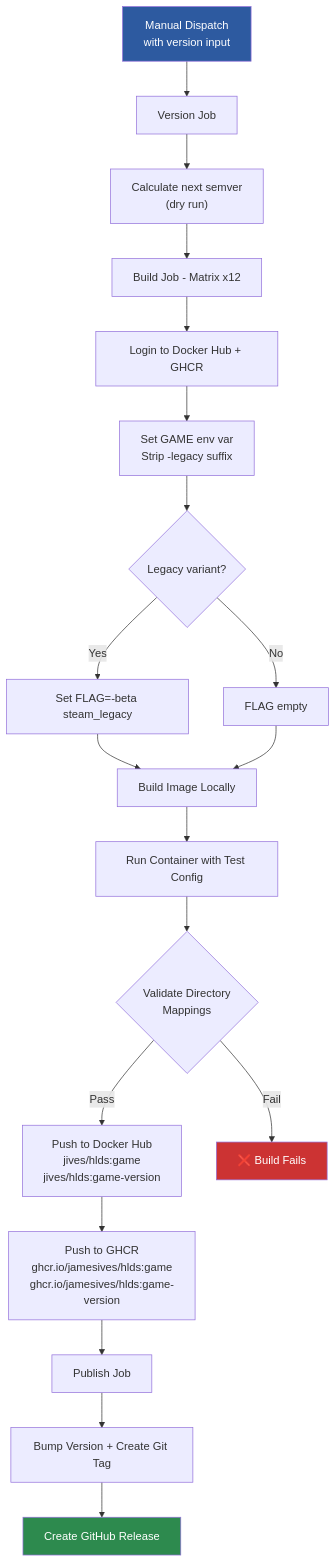
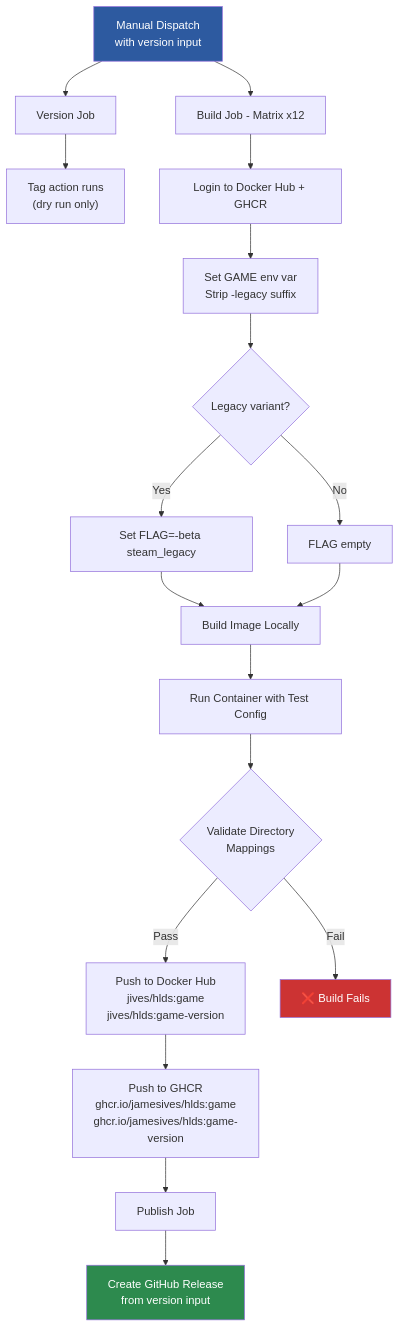
Before and after one commit to JamesIves/hlds-docker: the seventh of 12 diagrams in ARCHITECTURE.md, drawn with Mermaid. The commit also changed other lines of this file, not shown here.

Commit message:
docs: align architecture publish flow with workflow behavior
Agent-Logs-Url: https://github.com/JamesIves/hlds-docker/sessions/ee3f088a-ae21-4d17-a466-cfb4c5465ccc

````diff
--- a/ARCHITECTURE.md
+++ b/ARCHITECTURE.md
@@ -196,27 +196,26 @@
 ```mermaid
 flowchart TD
     A[Manual Dispatch<br>with version input] --> B[Version Job]
-    B --> C["Calculate next semver<br>(dry run)"]
-    C --> D[Build Job - Matrix x12]
+    A --> D[Build Job - Matrix x12]
+    B --> C["Tag action runs<br>(dry run only)"]
 
     D --> E[Login to Docker Hub + GHCR]
     E --> F[Set GAME env var<br>Strip -legacy suffix]
     F --> G{Legacy variant?}
     G -->|Yes| H["Set FLAG=-beta steam_legacy"]
     G -->|No| I[FLAG empty]
     H --> J
     I --> J[Build Image Locally]
     J --> K[Run Container with Test Config]
     K --> L{Validate Directory<br>Mappings}
     L -->|Pass| M[Push to Docker Hub<br>jives/hlds:game<br>jives/hlds:game-version]
     L -->|Fail| X[❌ Build Fails]
     M --> N[Push to GHCR<br>ghcr.io/jamesives/hlds:game<br>ghcr.io/jamesives/hlds:game-version]
 
     N --> O[Publish Job]
-    O --> P[Bump Version + Create Git Tag]
-    P --> Q[Create GitHub Release]
+    O --> Q[Create GitHub Release<br>from version input]
 
     style A fill:#2d5aa0,color:#fff
     style Q fill:#2d8a4e,color:#fff
     style X fill:#cc3333,color:#fff
 ```
````
